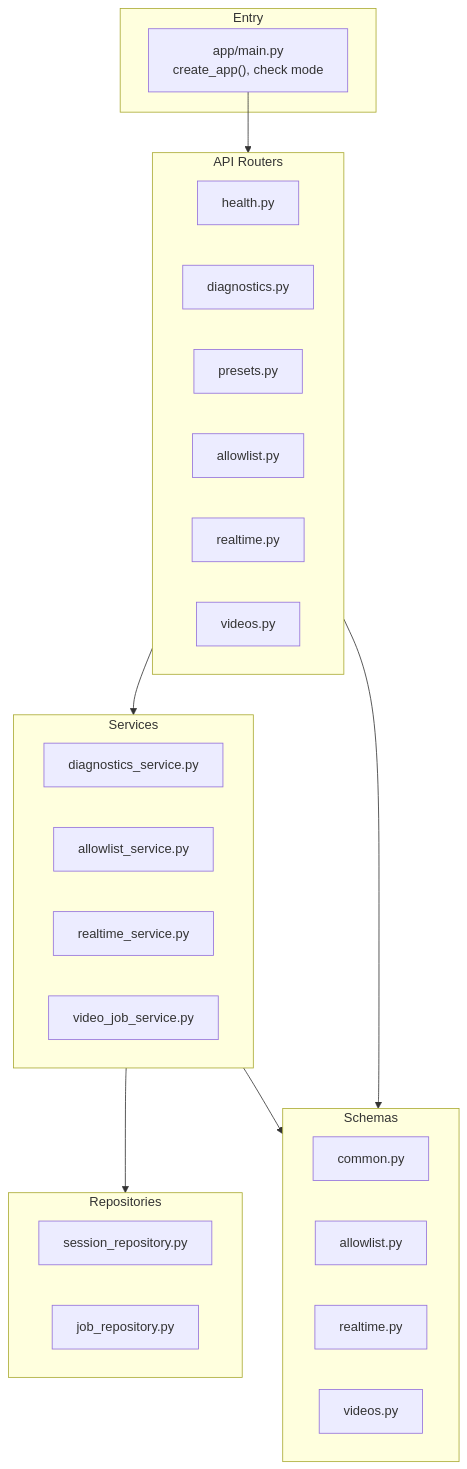
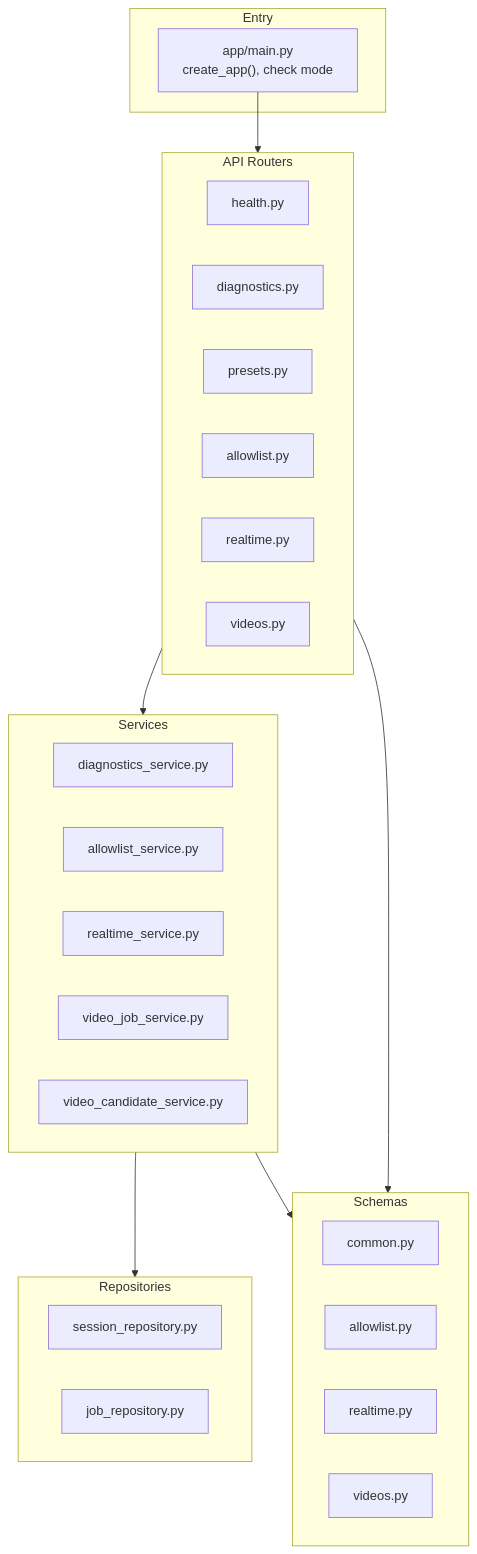
Before and after one commit to iamdbstjd/PersonaMask: the second of 4 diagrams in README.md, drawn with Mermaid. The commit also changed other lines of this file and 45 other files, not shown here.

````diff
--- a/README.md
+++ b/README.md
@@ -136,40 +156,41 @@
 ```mermaid
 flowchart TB
     subgraph Entry[Entry]
       Main["app/main.py<br/>create_app(), check mode"]
     end
 
     subgraph Router[API Routers]
       R1[health.py]
       R2[diagnostics.py]
       R3[presets.py]
       R4[allowlist.py]
       R5[realtime.py]
       R6[videos.py]
     end
 
     subgraph Service[Services]
       S1[diagnostics_service.py]
       S2[allowlist_service.py]
       S3[realtime_service.py]
       S4[video_job_service.py]
+      S5[video_candidate_service.py]
     end
 
     subgraph Repo[Repositories]
       DB1[session_repository.py]
       DB2[job_repository.py]
     end
 
     subgraph Schema[Schemas]
       M1[common.py]
       M2[allowlist.py]
       M3[realtime.py]
       M4[videos.py]
     end
 
     Main --> Router
     Router --> Service
     Service --> Repo
     Router --> Schema
     Service --> Schema
 ```
````
